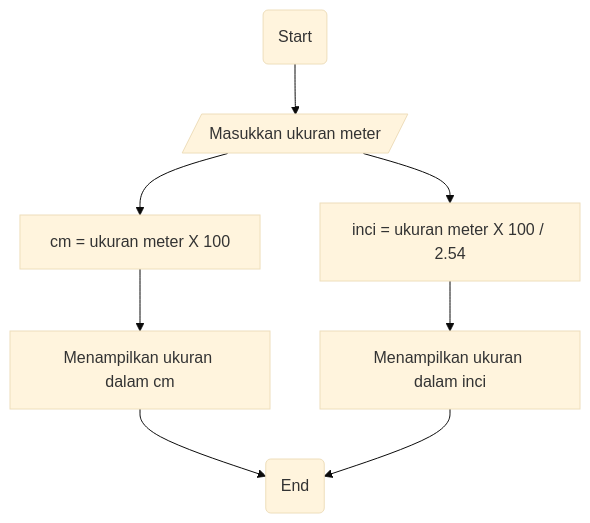
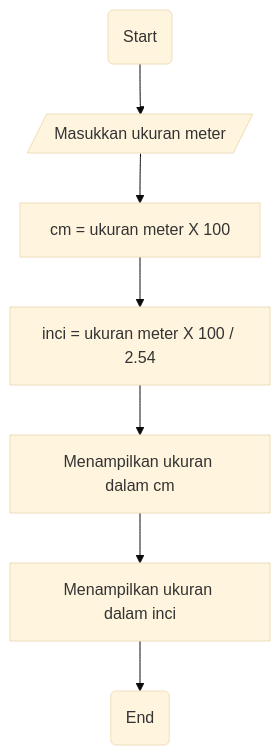
Before and after one commit to saino36/DAA: the diagram in Week4/latihan2.md, drawn with Mermaid (base theme).

````diff
--- a/Week4/latihan2.md
+++ b/Week4/latihan2.md
@@ -1,9 +1,9 @@
 ```mermaid
     flowchart TD;
-    A(Start) --> B[/Masukkan ukuran meter/];
-    B --> C[cm = ukuran meter X 100];
-    B --> D[inci = ukuran meter X 100 / 2.54];
-    C --> E[Menampilkan ukuran dalam cm];
-    D --> F[Menampilkan ukuran dalam inci];
-    E & F --> G(End);
+    A(Start) --> B[/Masukkan ukuran meter/]
+    B --> C[cm = ukuran meter X 100]
+    C --> D[inci = ukuran meter X 100 / 2.54]
+    D --> E[Menampilkan ukuran dalam cm]
+    E --> F[Menampilkan ukuran dalam inci]
+    F --> G(End)
 ```
````
